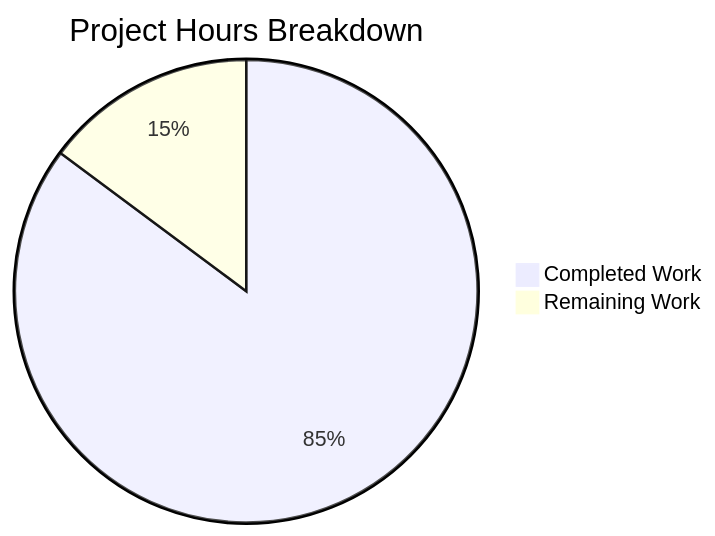
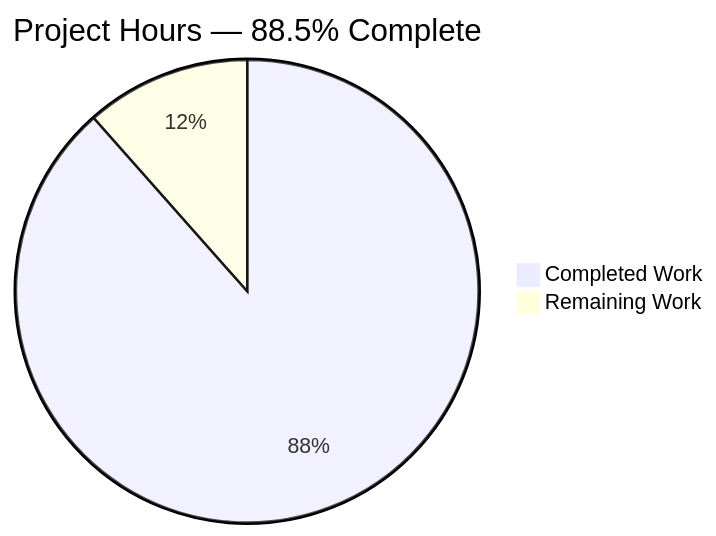
Before and after one commit to sudhanshu-spec/test-spec: the second of 2 diagrams in blitzy/documentation/Project Guide.md, drawn with Mermaid. The commit also changed other lines of this file, not shown here.

Commit message:
Adding Blitzy Project Guide: Project Status and Human Tasks Remaining

````diff
--- a/blitzy/documentation/Project Guide.md
+++ b/blitzy/documentation/Project Guide.md
@@ -116,5 +172,5 @@
 ```mermaid
-pie title Project Hours Breakdown
+pie title Project Hours — 88.5% Complete
     "Completed Work" : 23
-    "Remaining Work" : 4
+    "Remaining Work" : 3
 ```
````
